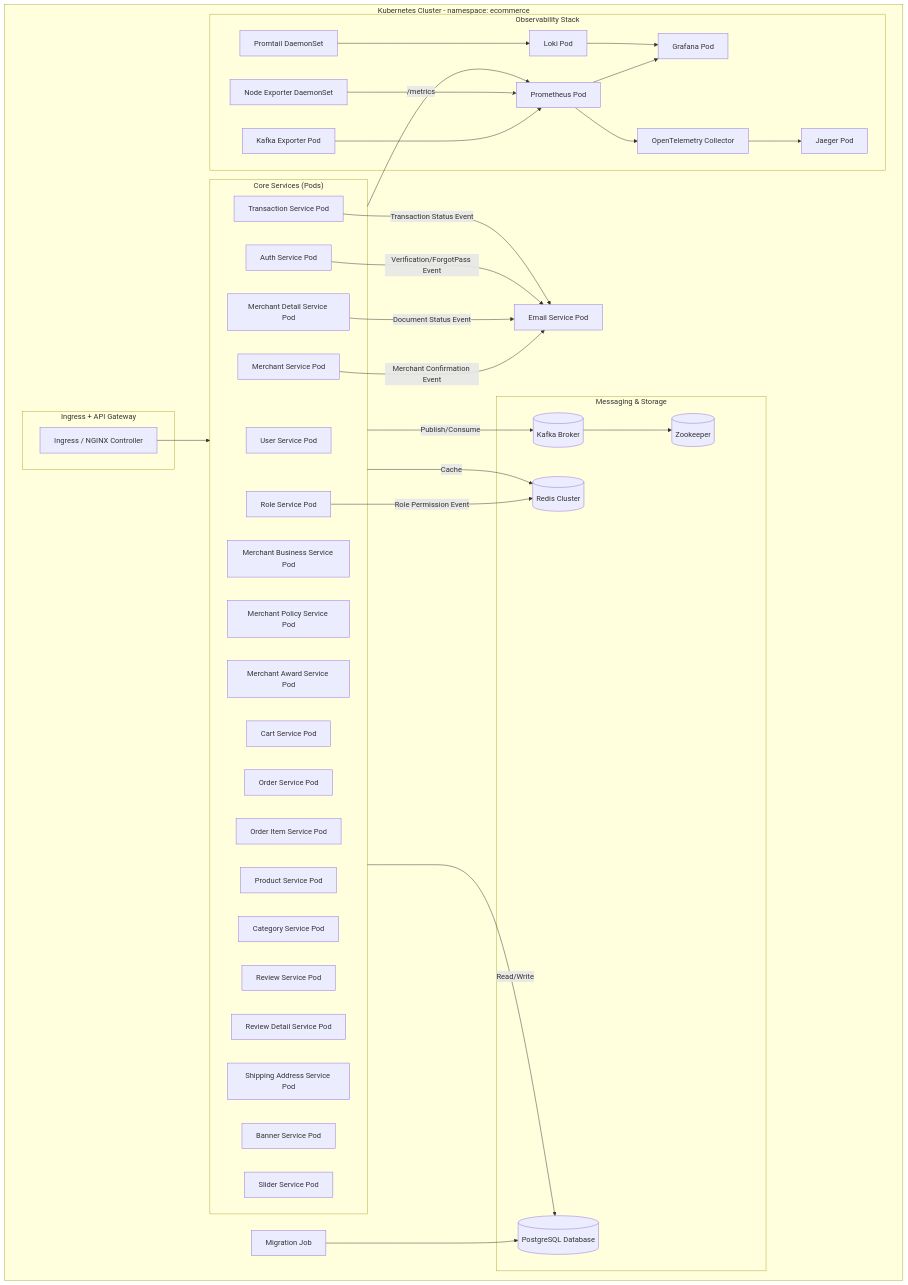
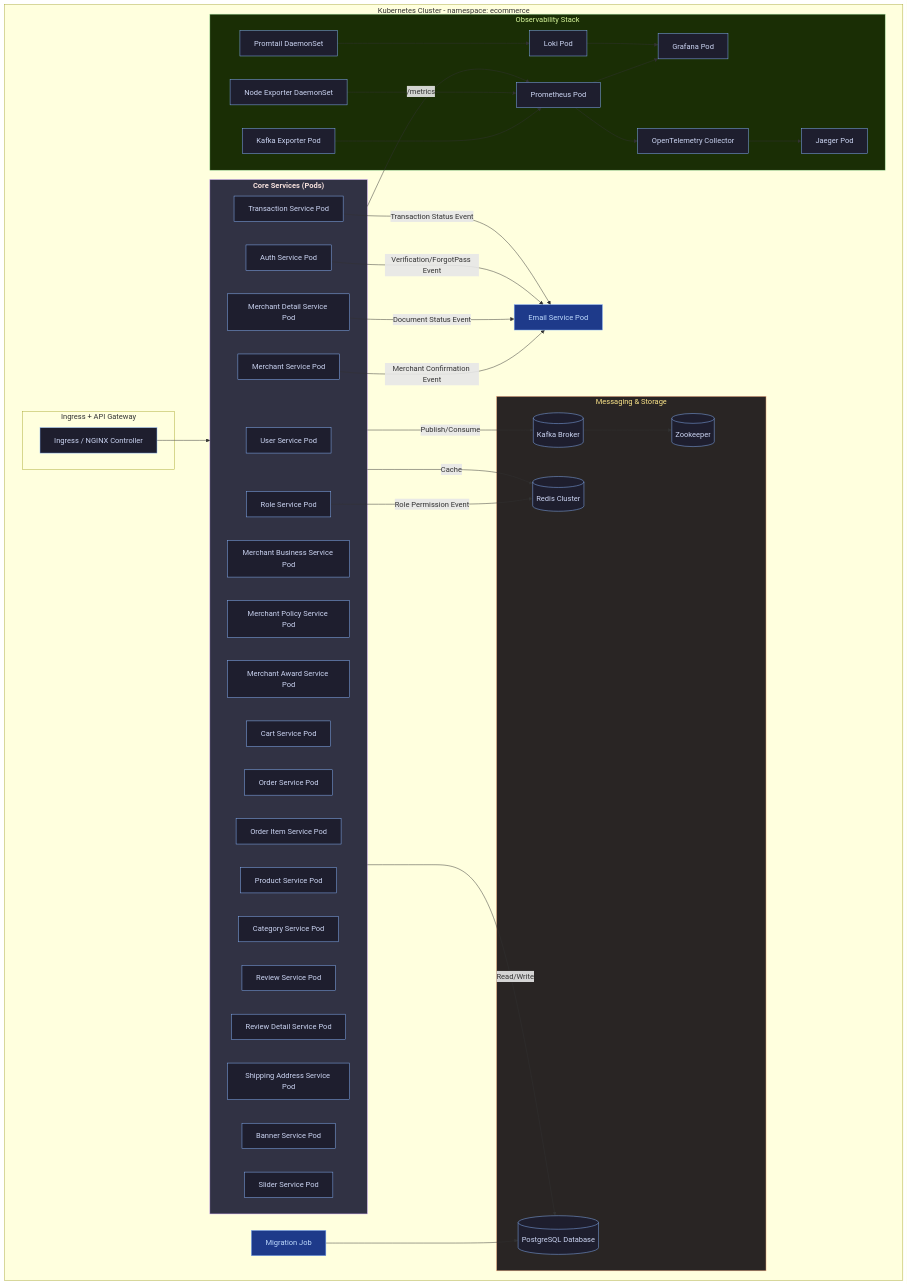
Before and after one commit to MamangRust/monolith-ecommerce-grpc: the second of 2 diagrams in README.md, drawn with Mermaid. The commit also changed other lines of this file and 2 other files, not shown here.

````diff
--- a/README.md
+++ b/README.md
@@ -347,4 +410,17 @@
     %% Migration -> Database
     %% ======================
     Migration --> PostgreSQL
+
+
+    classDef default fill:#1e1e2e,stroke:#89b4fa,color:#cdd6f4,stroke-width:1px;
+    classDef core fill:#313244,stroke:#cba6f7,color:#f5e0dc,font-weight:bold;
+    classDef infra fill:#292524,stroke:#fab387,color:#fde68a;
+    classDef obs fill:#1a2e05,stroke:#a6e3a1,color:#d9f99d;
+    classDef misc fill:#1e3a8a,stroke:#89b4fa,color:#bfdbfe;
+
+
+    class core core;
+    class infra infra;
+    class obs obs;
+    class EmailS,Migration misc;
 ```
````
